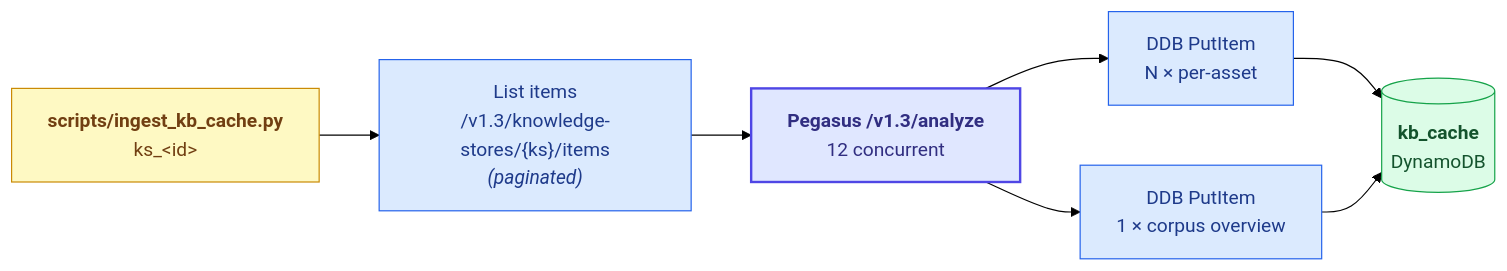
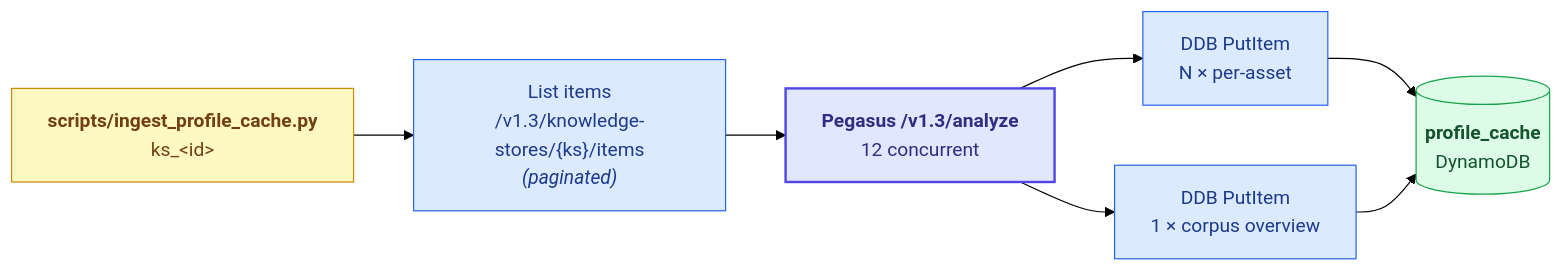
Before and after one commit to twelvelabs-io/tl-agentcore: the third of 3 diagrams in docs/whitepaper.md, drawn with Mermaid (forest theme). The commit also changed other lines of this file and 16 other files, not shown here.

First line of the commit message:
Rename kb_cache → profile_cache everywhere

````diff
--- a/docs/whitepaper.md
+++ b/docs/whitepaper.md
@@ -175,26 +175,26 @@
 ```mermaid
 flowchart LR
-    Script["<b>scripts/ingest_kb_cache.py</b><br/>ks_&lt;id&gt;"]
+    Script["<b>scripts/ingest_profile_cache.py</b><br/>ks_&lt;id&gt;"]
     List["List items<br/>/v1.3/knowledge-stores/{ks}/items<br/><i>(paginated)</i>"]
     Analyze["<b>Pegasus /v1.3/analyze</b><br/>12 concurrent"]
     AssetPut["DDB PutItem<br/>N × per-asset"]
     OverviewPut["DDB PutItem<br/>1 × corpus overview"]
-    Cache[("<b>kb_cache</b><br/>DynamoDB")]
+    Cache[("<b>profile_cache</b><br/>DynamoDB")]
 
     Script --> List
     List --> Analyze
     Analyze --> AssetPut
     Analyze --> OverviewPut
     AssetPut --> Cache
     OverviewPut --> Cache
 
     classDef script fill:#fef9c3,stroke:#ca8a04,stroke-width:1px,color:#713f12
     classDef step   fill:#dbeafe,stroke:#2563eb,stroke-width:1px,color:#1e3a8a
     classDef hero   fill:#e0e7ff,stroke:#4f46e5,stroke-width:2px,color:#312e81
     classDef store  fill:#dcfce7,stroke:#16a34a,stroke-width:1px,color:#14532d
 
     class Script script
     class List,AssetPut,OverviewPut step
     class Analyze hero
     class Cache store
 ```
````
